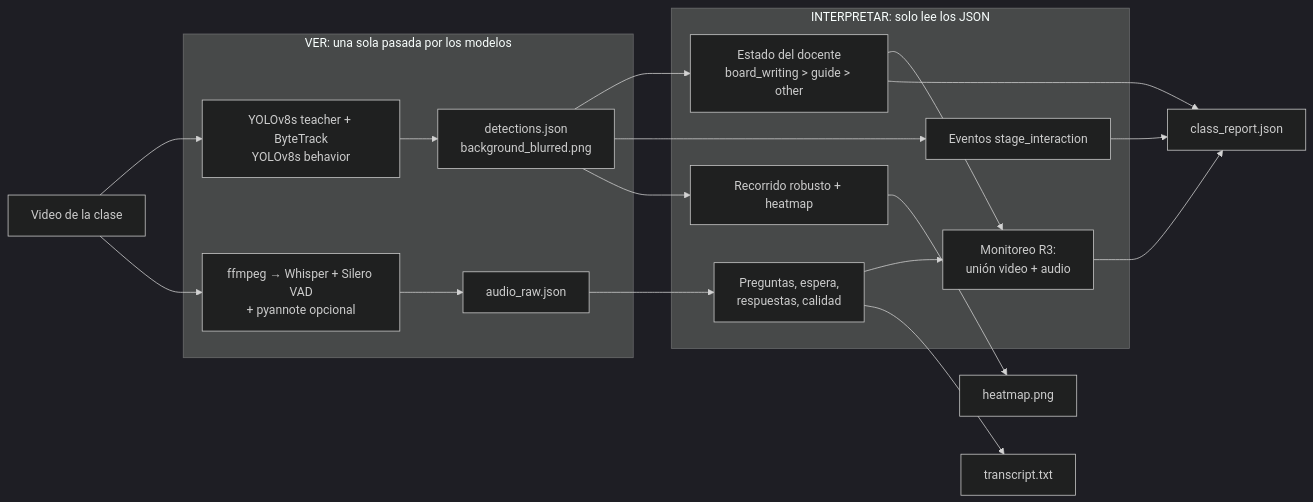
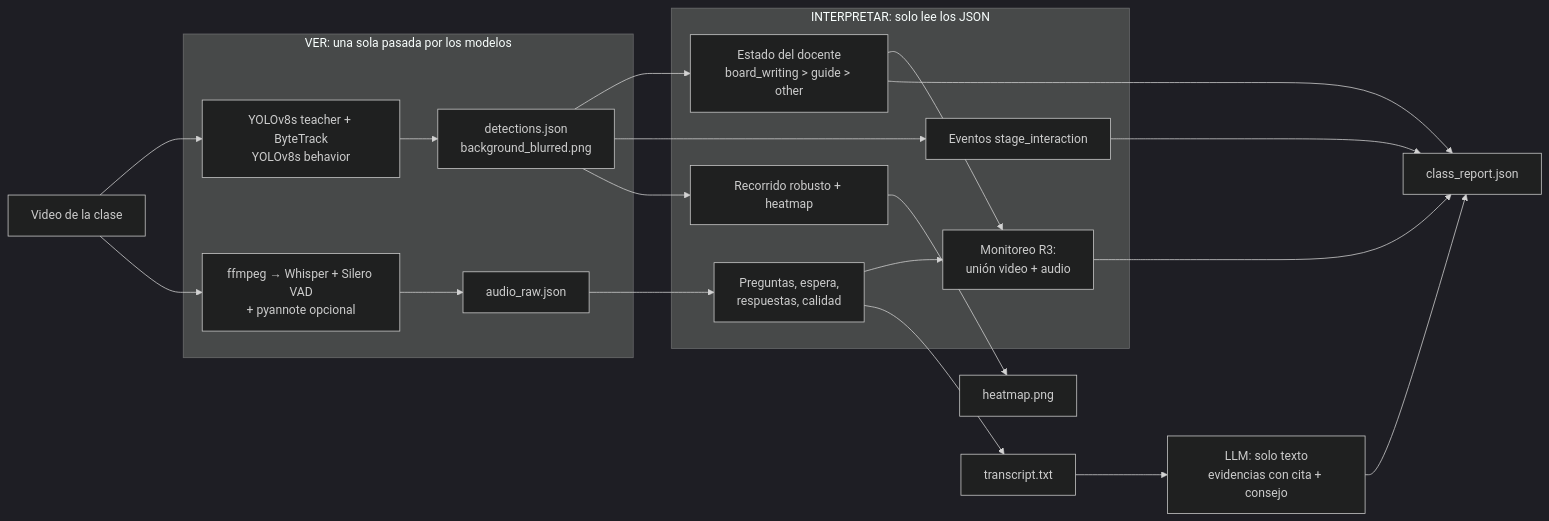
One commit to CaVassM/espejo changed the diagram in README.md. Above: the diagram before and after it, drawn with Mermaid (dark theme). The commit also changed other lines of this file and 1 other file, not shown here.

Commit message:
docs: módulo LLM, manual del Minedu y limitaciones en el README

````diff
--- a/README.md
+++ b/README.md
@@ -16,22 +16,24 @@
 ```mermaid
 flowchart LR
     V[Video de la clase] --> VER1
     V --> VER2
     subgraph VER [VER: una sola pasada por los modelos]
         VER1[YOLOv8s teacher + ByteTrack<br/>YOLOv8s behavior] --> D[detections.json<br/>background_blurred.png]
         VER2[ffmpeg → Whisper + Silero VAD<br/>+ pyannote opcional] --> A[audio_raw.json]
     end
     subgraph INTERPRETAR [INTERPRETAR: solo lee los JSON]
         D --> T[Estado del docente<br/>board_writing > guide > other]
         D --> S[Eventos stage_interaction]
         D --> P[Recorrido robusto + heatmap]
         A --> Q[Preguntas, espera,<br/>respuestas, calidad]
         T --> M[Monitoreo R3:<br/>unión video + audio]
         Q --> M
     end
     M --> R[class_report.json]
     T --> R
     S --> R
     P --> H[heatmap.png]
     Q --> X[transcript.txt]
+    X --> L[LLM: solo texto<br/>evidencias con cita + consejo]
+    L --> R
 ```
````
